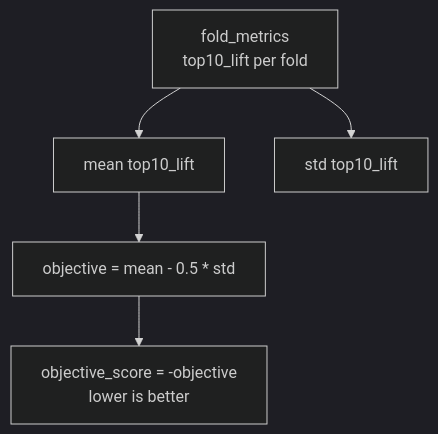
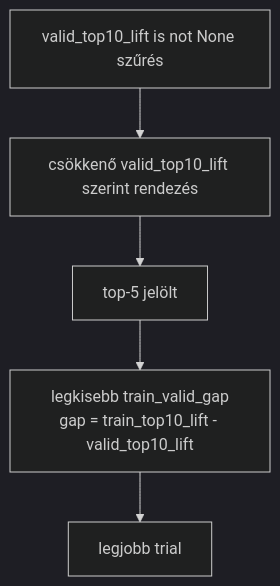
Before and after one commit to Nemesis14/chronoquant: the seventh of 7 diagrams in _doc_/database_and_code_doc/5520_search.md, drawn with Mermaid (dark theme). The commit also changed other lines of this file and 1415 other files, not shown here.

````diff
--- a/_doc_/database_and_code_doc/5520_search.md
+++ b/_doc_/database_and_code_doc/5520_search.md
@@ -122,7 +194,7 @@
 ```mermaid
 flowchart TD
-  FM[fold_metrics\ntop10_lift per fold] --> MEAN[mean top10_lift]
-  FM --> STD[std top10_lift]
-  MEAN --> OBJ[objective = mean - 0.5 * std]
-  OBJ --> SCORE[objective_score = -objective\nlower is better]
+  VALID[valid_top10_lift is not None szűrés] --> SORT[csökkenő valid_top10_lift szerint rendezés]
+  SORT --> TOP5[top-5 jelölt]
+  TOP5 --> GAP[legkisebb train_valid_gap\ngap = train_top10_lift - valid_top10_lift]
+  GAP --> BEST[legjobb trial]
 ```
````
